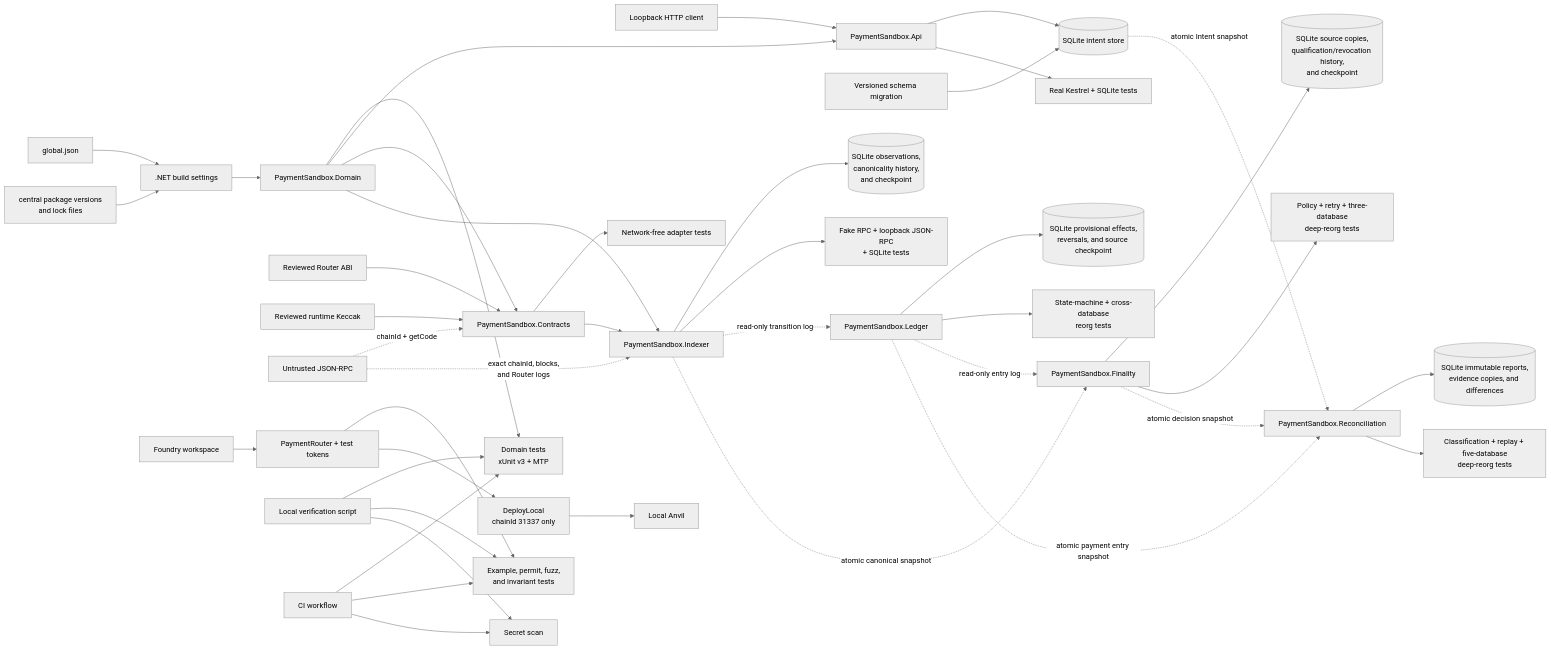
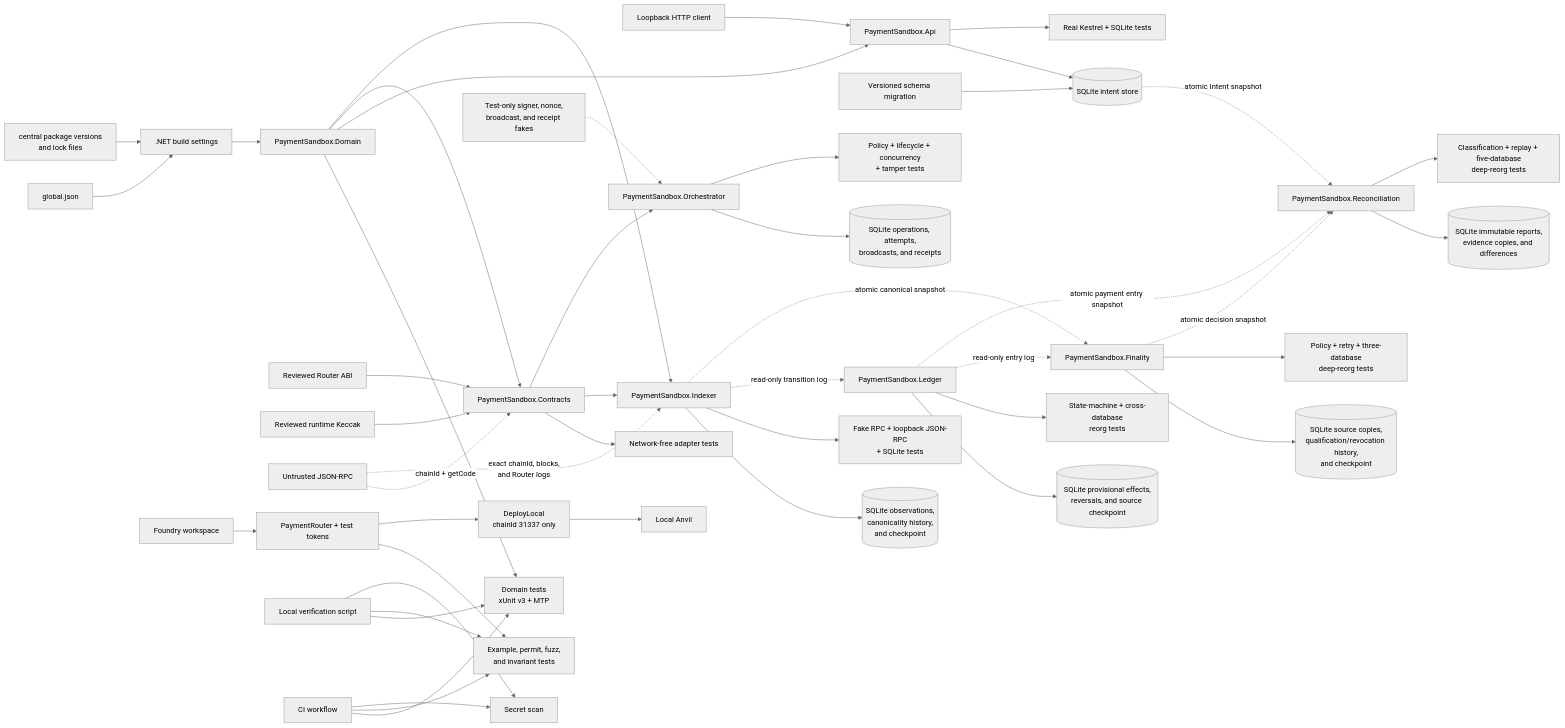
Before and after one commit to xiaocaiisxiaocai/dotnet-evm-payment-sandbox: the first of 2 diagrams in docs/architecture.md, drawn with Mermaid (neutral theme). The commit also changed other lines of this file and 36 other files, not shown here.

Commit message:
feat: add durable test transaction lifecycle

````diff
--- a/docs/architecture.md
+++ b/docs/architecture.md
@@ -14,46 +14,50 @@
 ```mermaid
 flowchart LR
     SDK[global.json] --> Build[.NET build settings]
     Packages[central package versions<br/>and lock files] --> Build
     Build --> Domain[PaymentSandbox.Domain]
     Domain --> DomainTests[Domain tests<br/>xUnit v3 + MTP]
     Domain --> API[PaymentSandbox.Api]
     Client[Loopback HTTP client] --> API
     API --> SQLite[(SQLite intent store)]
     Migration[Versioned schema migration] --> SQLite
     API --> APITests[Real Kestrel + SQLite tests]
     Domain --> Contracts[PaymentSandbox.Contracts]
     ABI[Reviewed Router ABI] --> Contracts
     Baseline[Reviewed runtime Keccak] --> Contracts
     RPC[Untrusted JSON-RPC] -. chainId + getCode .-> Contracts
     Contracts --> ContractAdapterTests[Network-free adapter tests]
     Domain --> Indexer[PaymentSandbox.Indexer]
     Contracts --> Indexer
     RPC -. exact chainId, blocks,<br/>and Router logs .-> Indexer
     Indexer --> ObservationDb[(SQLite observations,<br/>canonicality history,<br/>and checkpoint)]
     Indexer --> IndexerTests[Fake RPC + loopback JSON-RPC<br/>+ SQLite tests]
     Indexer -. read-only transition log .-> Ledger[PaymentSandbox.Ledger]
     Ledger --> LedgerDb[(SQLite provisional effects,<br/>reversals, and source checkpoint)]
     Ledger --> LedgerTests[State-machine + cross-database<br/>reorg tests]
     Indexer -. atomic canonical snapshot .-> Finality[PaymentSandbox.Finality]
     Ledger -. read-only entry log .-> Finality
     Finality --> FinalityDb[(SQLite source copies,<br/>qualification/revocation history,<br/>and checkpoint)]
     Finality --> FinalityTests[Policy + retry + three-database<br/>deep-reorg tests]
     SQLite -. atomic Intent snapshot .-> Reconcile[PaymentSandbox.Reconciliation]
     Ledger -. atomic payment entry snapshot .-> Reconcile
     Finality -. atomic decision snapshot .-> Reconcile
     Reconcile --> ReconcileDb[(SQLite immutable reports,<br/>evidence copies, and differences)]
     Reconcile --> ReconcileTests[Classification + replay + five-database<br/>deep-reorg tests]
+    Contracts --> Orchestrator[PaymentSandbox.Orchestrator]
+    Orchestrator --> LifecycleDb[(SQLite operations, attempts,<br/>broadcasts, and receipts)]
+    TestAdapters[Test-only signer, nonce,<br/>broadcast, and receipt fakes] -.-> Orchestrator
+    Orchestrator --> OrchestratorTests[Policy + lifecycle + concurrency<br/>+ tamper tests]
 
     Foundry[Foundry workspace] --> Router[PaymentRouter + test tokens]
     Router --> ContractChecks[Example, permit, fuzz,<br/>and invariant tests]
     Router --> Deploy[DeployLocal<br/>chainId 31337 only]
     Deploy --> Anvil[Local Anvil]
 
     Verify[Local verification script] --> DomainTests
     Verify --> ContractChecks
     Verify --> SecretScan[Secret scan]
     CI[CI workflow] --> DomainTests
     CI --> ContractChecks
     CI --> SecretScan
 ```
````
